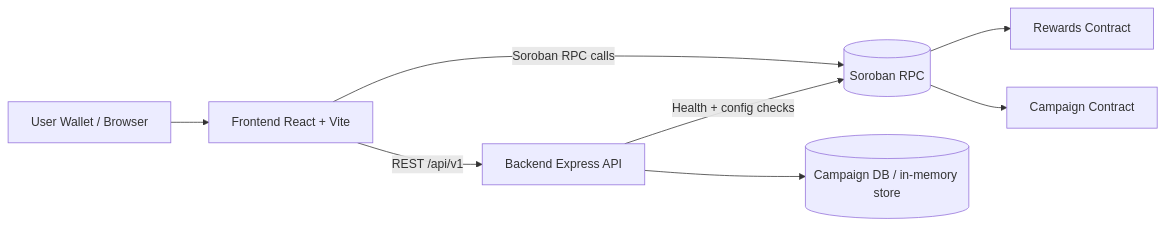
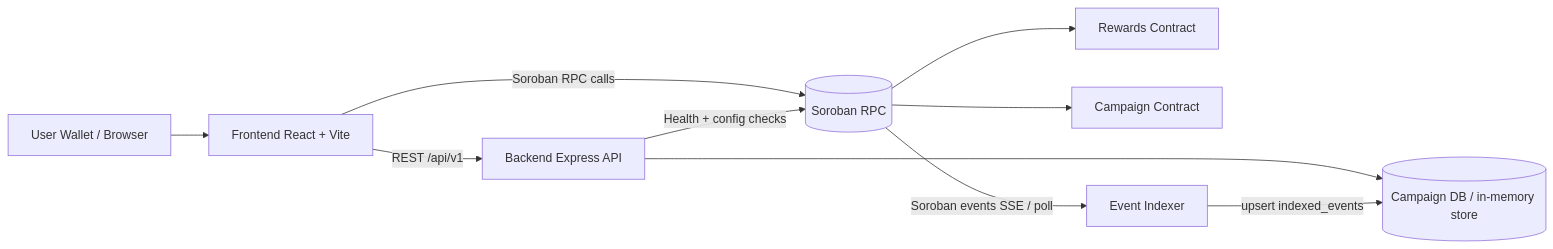
One commit to FinesseStudioLab/Trivela changed the first of 2 diagrams in docs/ARCHITECTURE_OVERVIEW.md. Above: the diagram before and after it, drawn with Mermaid. The commit also changed other lines of this file, not shown here.

First line of the commit message:
docs: document event indexer in ARCHITECTURE_OVERVIEW.md

````diff
--- a/docs/ARCHITECTURE_OVERVIEW.md
+++ b/docs/ARCHITECTURE_OVERVIEW.md
@@ -11,10 +11,12 @@
 ```mermaid
 flowchart LR
     U[User Wallet / Browser] --> F[Frontend React + Vite]
     F -->|REST /api/v1| B[Backend Express API]
     F -->|Soroban RPC calls| R[(Soroban RPC)]
     B -->|Health + config checks| R
     R --> C1[Rewards Contract]
     R --> C2[Campaign Contract]
     B --> D[(Campaign DB / in-memory store)]
+    R -->|Soroban events SSE / poll| I[Event Indexer]
+    I -->|upsert indexed_events| D
 ```
````
